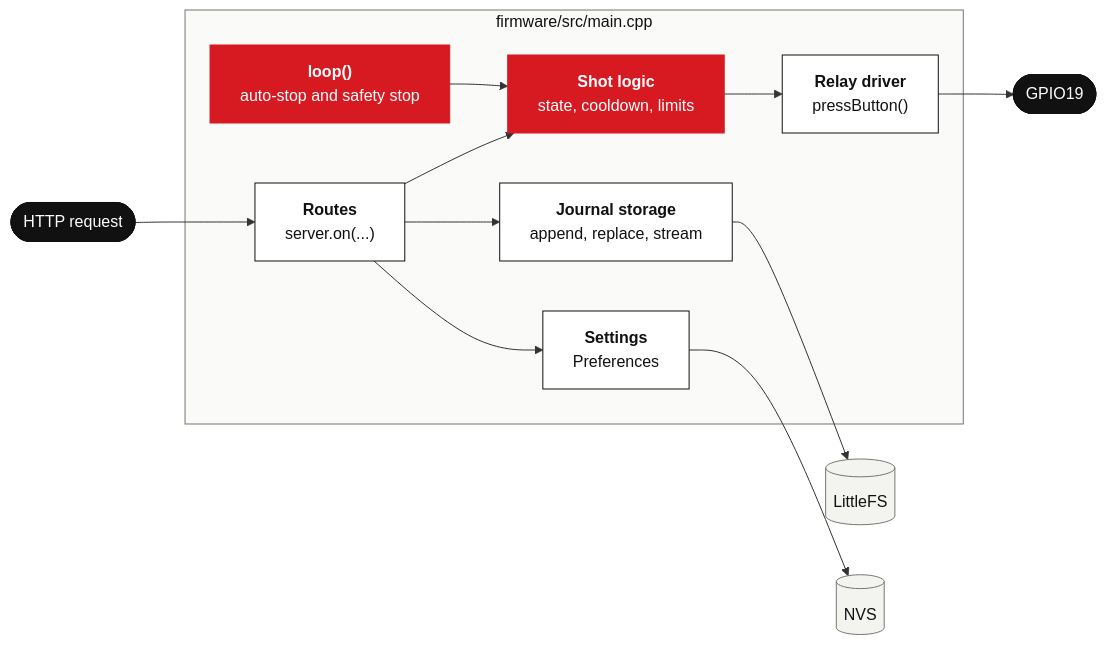
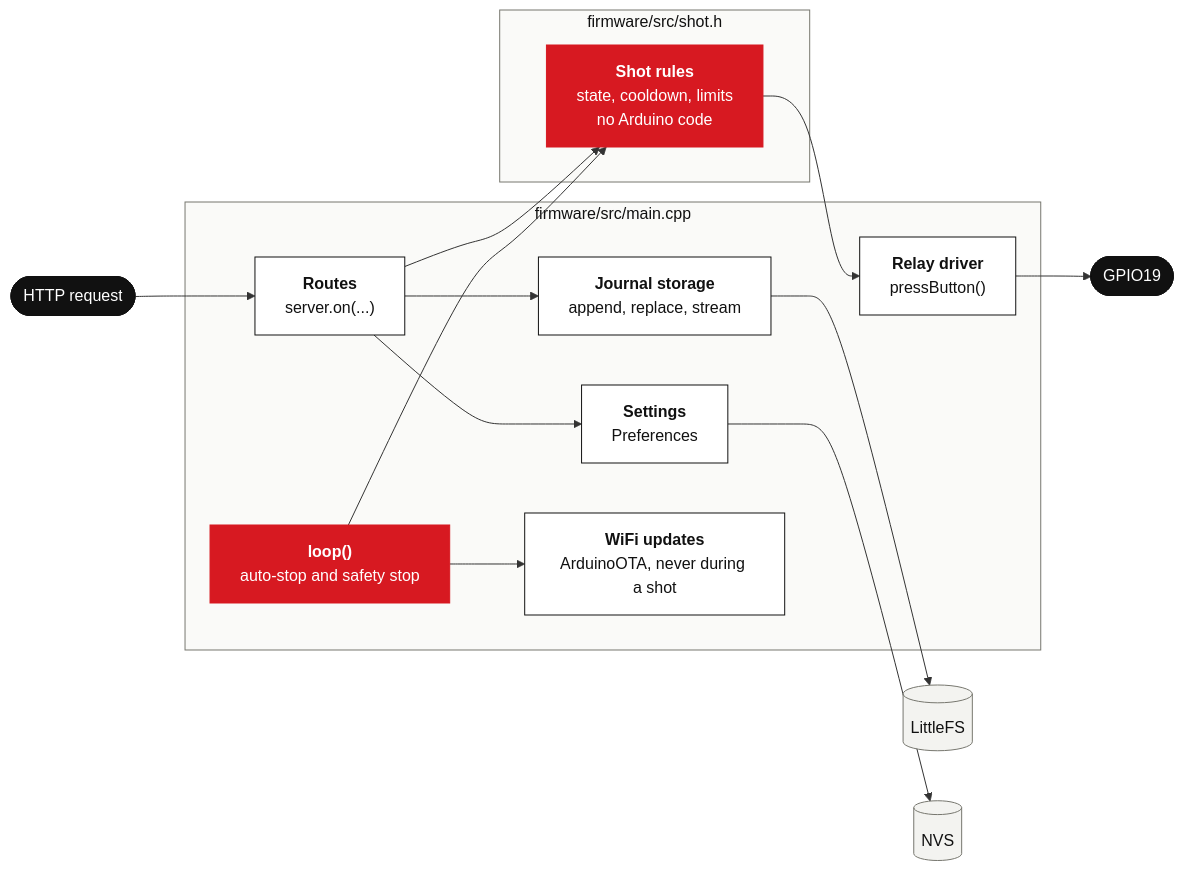
Before and after one commit to yiannosparanomos/gaggia-control-and-log: the third of 6 diagrams in docs/architecture.md, drawn with Mermaid. The commit also changed other lines of this file and 10 other files, not shown here.

First line of the commit message:
Move shot rules to shot.h, test them on a PC, add WiFi updates

````diff
--- a/docs/architecture.md
+++ b/docs/architecture.md
@@ -83,37 +83,43 @@
 ```mermaid
 flowchart LR
   req(["HTTP request"])
 
   subgraph main["firmware/src/main.cpp"]
     routes["<b>Routes</b><br/>server.on(...)"]
-    shot["<b>Shot logic</b><br/>state, cooldown, limits"]
     loopfn["<b>loop()</b><br/>auto-stop and safety stop"]
     press["<b>Relay driver</b><br/>pressButton()"]
     journal["<b>Journal storage</b><br/>append, replace, stream"]
     settings["<b>Settings</b><br/>Preferences"]
+    ota["<b>WiFi updates</b><br/>ArduinoOTA, never during a shot"]
+  end
+
+  subgraph header["firmware/src/shot.h"]
+    shot["<b>Shot rules</b><br/>state, cooldown, limits<br/>no Arduino code"]
   end
 
   gpio(["GPIO19"])
   files[("LittleFS")]
   prefs[("NVS")]
 
   req --> routes
   routes --> shot
   routes --> journal
   routes --> settings
   loopfn --> shot
   shot --> press
   press --> gpio
   journal --> files
   settings --> prefs
+  loopfn --> ota
 
   classDef edge fill:#111111,stroke:#111111,color:#ffffff
   classDef code fill:#ffffff,stroke:#111111,color:#111111
   classDef safety fill:#d71921,stroke:#d71921,color:#ffffff
   classDef store fill:#f3f3f0,stroke:#77776f,color:#111111
   style main fill:#fafaf8,stroke:#77776f,color:#111111
   class req,gpio edge
-  class routes,press,journal,settings code
+  style header fill:#fafaf8,stroke:#77776f,color:#111111
+  class routes,press,journal,settings,ota code
   class shot,loopfn safety
   class files,prefs store
 ```
````
